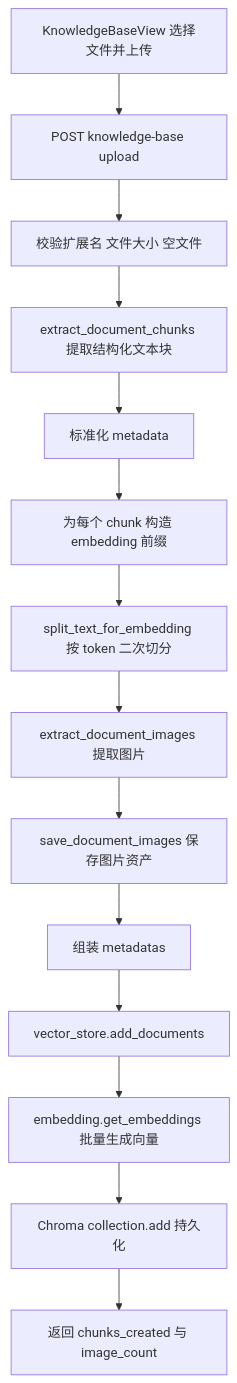
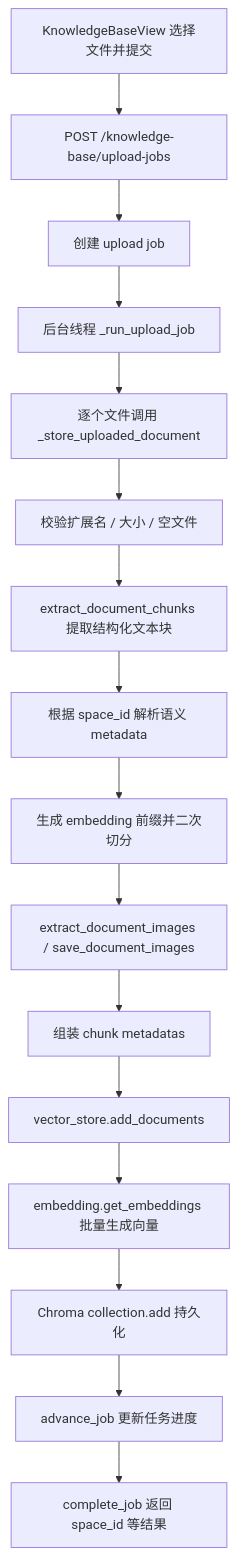
Before and after one commit to emotion-exit/rag-agent: the third of 6 diagrams in docs/项目执行流程分析.md, drawn with Mermaid. The commit also changed other lines of this file and 16 other files, not shown here.

````diff
--- a/docs/项目执行流程分析.md
+++ b/docs/项目执行流程分析.md
@@ -218,16 +287,18 @@
 ```mermaid
 flowchart TD
-  A["KnowledgeBaseView 选择文件并上传"] --> B["POST knowledge-base upload"]
-  B --> C["校验扩展名 文件大小 空文件"]
-  C --> D["extract_document_chunks 提取结构化文本块"]
-  D --> E["标准化 metadata"]
-  E --> F["为每个 chunk 构造 embedding 前缀"]
-  F --> G["split_text_for_embedding 按 token 二次切分"]
-  G --> H["extract_document_images 提取图片"]
-  H --> I["save_document_images 保存图片资产"]
-  I --> J["组装 metadatas"]
-  J --> K["vector_store.add_documents"]
-  K --> L["embedding.get_embeddings 批量生成向量"]
-  L --> M["Chroma collection.add 持久化"]
-  M --> N["返回 chunks_created 与 image_count"]
+  A["KnowledgeBaseView 选择文件并提交"] --> B["POST /knowledge-base/upload-jobs"]
+  B --> C["创建 upload job"]
+  C --> D["后台线程 _run_upload_job"]
+  D --> E["逐个文件调用 _store_uploaded_document"]
+  E --> F["校验扩展名 / 大小 / 空文件"]
+  F --> G["extract_document_chunks 提取结构化文本块"]
+  G --> H["根据 space_id 解析语义 metadata"]
+  H --> I["生成 embedding 前缀并二次切分"]
+  I --> J["extract_document_images / save_document_images"]
+  J --> K["组装 chunk metadatas"]
+  K --> L["vector_store.add_documents"]
+  L --> M["embedding.get_embeddings 批量生成向量"]
+  M --> N["Chroma collection.add 持久化"]
+  N --> O["advance_job 更新任务进度"]
+  O --> P["complete_job 返回 space_id 等结果"]
 ```
````
